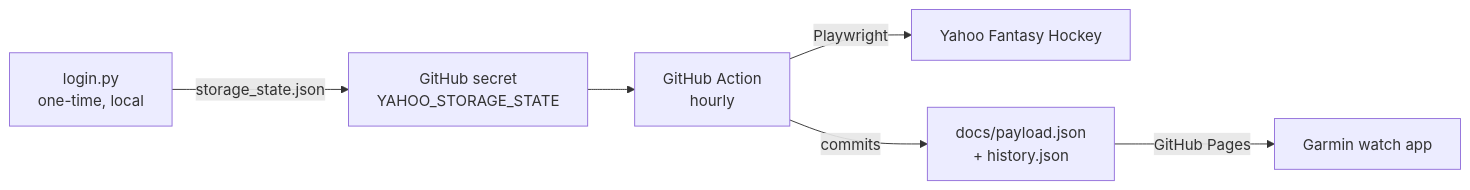
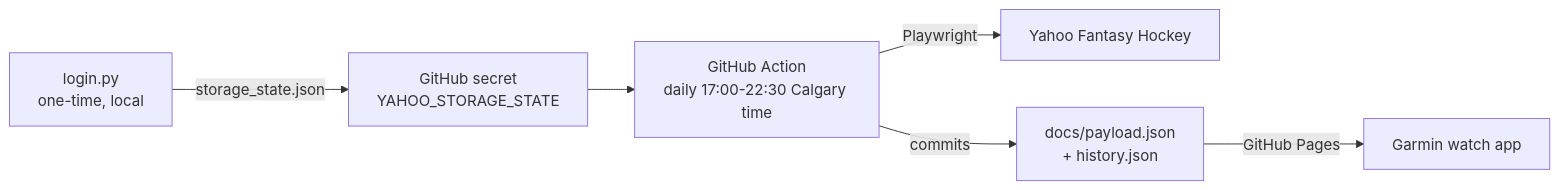
One commit to D0tzi/fantasy-hockey-scraper changed the diagram in README.md. Above: the diagram before and after it, drawn with Mermaid. The commit also changed other lines of this file and 1 other file, not shown here.

````diff
--- a/README.md
+++ b/README.md
@@ -12,8 +13,8 @@
 ```mermaid
 flowchart LR
     L[login.py<br/>one-time, local] -- storage_state.json --> S[GitHub secret<br/>YAHOO_STORAGE_STATE]
-    S --> A[GitHub Action<br/>hourly]
+    S --> A[GitHub Action<br/>daily 17:00-22:30 Calgary time]
     A -- Playwright --> Y[Yahoo Fantasy Hockey]
     A -- commits --> D[docs/payload.json<br/>+ history.json]
     D -- GitHub Pages --> W[Garmin watch app]
 ```
````
